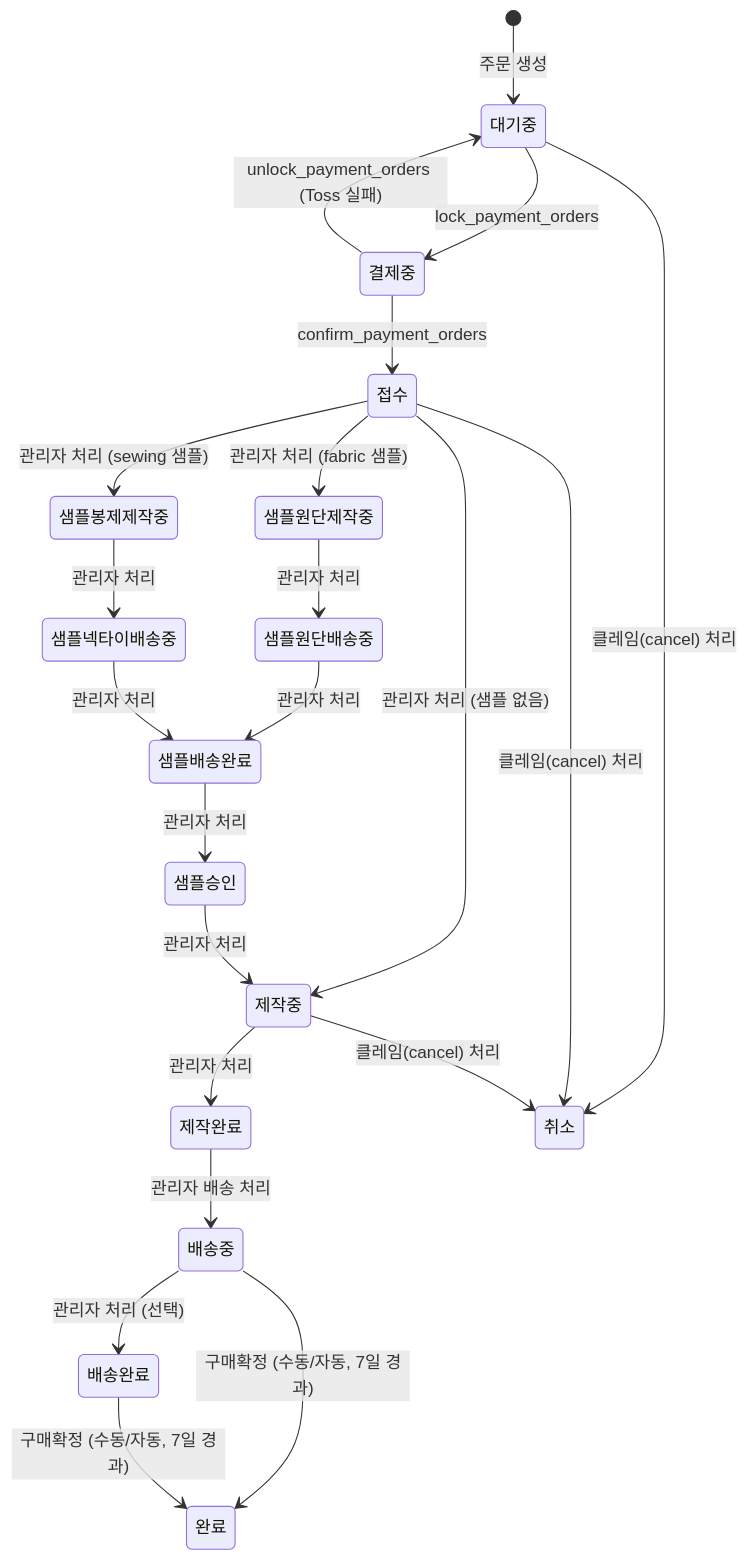
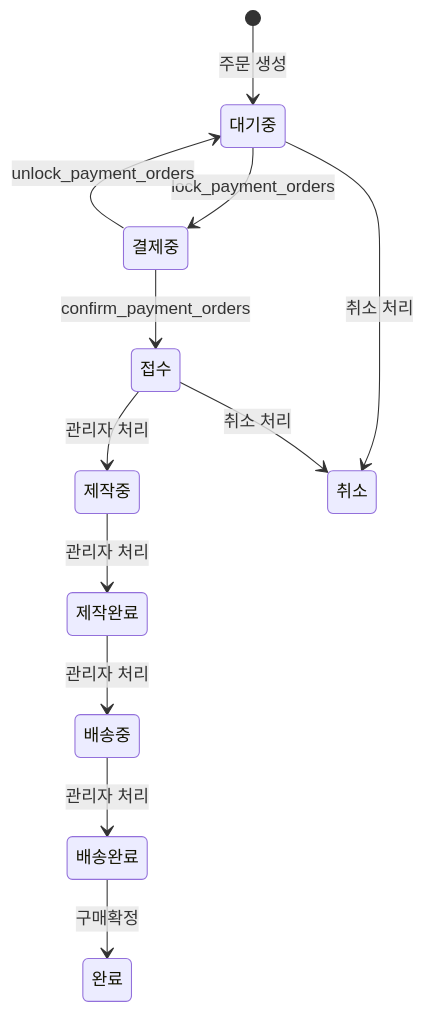
Before and after one commit to Bongseop-Kim/YeongSeon: the diagram in docs/domains/custom-order.md, drawn with Mermaid. The commit also changed other lines of this file and 76 other files, not shown here.

````diff
--- a/docs/domains/custom-order.md
+++ b/docs/domains/custom-order.md
@@ -21,24 +20,14 @@
 ```mermaid
 stateDiagram-v2
     [*] --> 대기중 : 주문 생성
     대기중 --> 결제중 : lock_payment_orders
     결제중 --> 접수 : confirm_payment_orders
-    결제중 --> 대기중 : unlock_payment_orders (Toss 실패)
-    접수 --> 제작중 : 관리자 처리 (샘플 없음)
-    접수 --> 샘플원단제작중 : 관리자 처리 (fabric 샘플)
-    접수 --> 샘플봉제제작중 : 관리자 처리 (sewing 샘플)
-    샘플원단제작중 --> 샘플원단배송중 : 관리자 처리
-    샘플원단배송중 --> 샘플배송완료 : 관리자 처리
-    샘플봉제제작중 --> 샘플넥타이배송중 : 관리자 처리
-    샘플넥타이배송중 --> 샘플배송완료 : 관리자 처리
-    샘플배송완료 --> 샘플승인 : 관리자 처리
-    샘플승인 --> 제작중 : 관리자 처리
+    결제중 --> 대기중 : unlock_payment_orders
+    접수 --> 제작중 : 관리자 처리
     제작중 --> 제작완료 : 관리자 처리
-    제작완료 --> 배송중 : 관리자 배송 처리
-    배송중 --> 배송완료 : 관리자 처리 (선택)
-    배송중 --> 완료 : 구매확정 (수동/자동, 7일 경과)
-    배송완료 --> 완료 : 구매확정 (수동/자동, 7일 경과)
-    대기중 --> 취소 : 클레임(cancel) 처리
-    접수 --> 취소 : 클레임(cancel) 처리
-    제작중 --> 취소 : 클레임(cancel) 처리
+    제작완료 --> 배송중 : 관리자 처리
+    배송중 --> 배송완료 : 관리자 처리
+    배송완료 --> 완료 : 구매확정
+    대기중 --> 취소 : 취소 처리
+    접수 --> 취소 : 취소 처리
 ```
````
